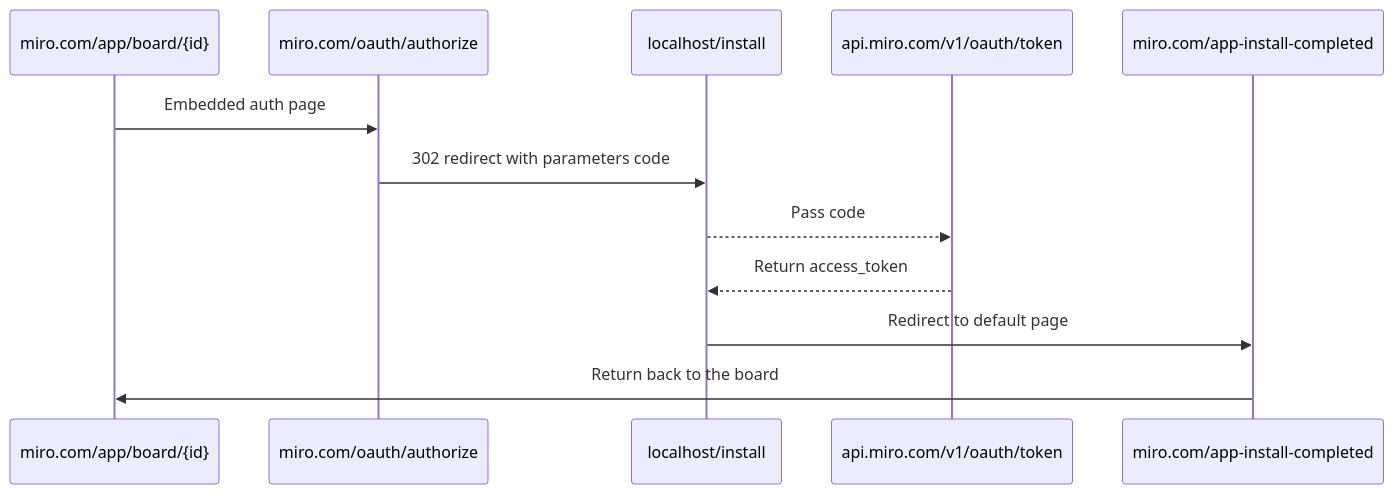
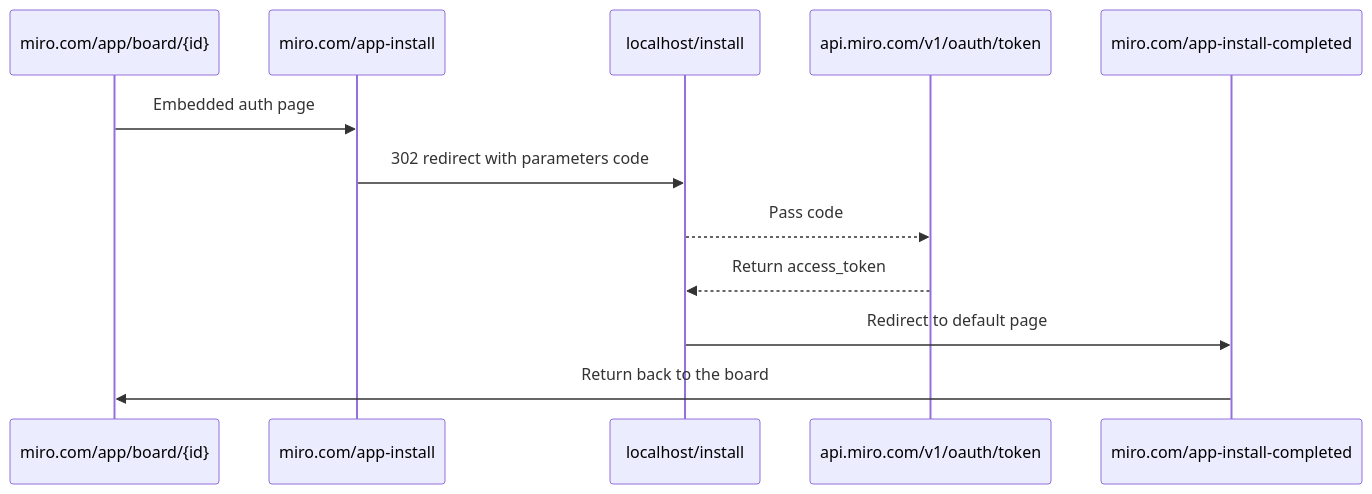
One commit to seregamorph/miro-app-oauth changed the diagram in readme.md. Above: the diagram before and after it, drawn with Mermaid. The commit also changed 2 other files, not shown here.

Commit message:
update links

````diff
--- a/readme.md
+++ b/readme.md
@@ -63,9 +63,9 @@
 ```mermaid
 sequenceDiagram
-    miro.com/app/board/{id}->>miro.com/oauth/authorize: Embedded auth page
-    miro.com/oauth/authorize->>localhost/install: 302 redirect with parameters code
+    miro.com/app/board/{id}->>miro.com/app-install: Embedded auth page
+    miro.com/app-install->>localhost/install: 302 redirect with parameters code
     localhost/install-->>api.miro.com/v1/oauth/token: Pass code
     api.miro.com/v1/oauth/token-->>localhost/install: Return access_token
     localhost/install->>miro.com/app-install-completed: Redirect to default page
     miro.com/app-install-completed->>miro.com/app/board/{id}: Return back to the board
 ```
````
